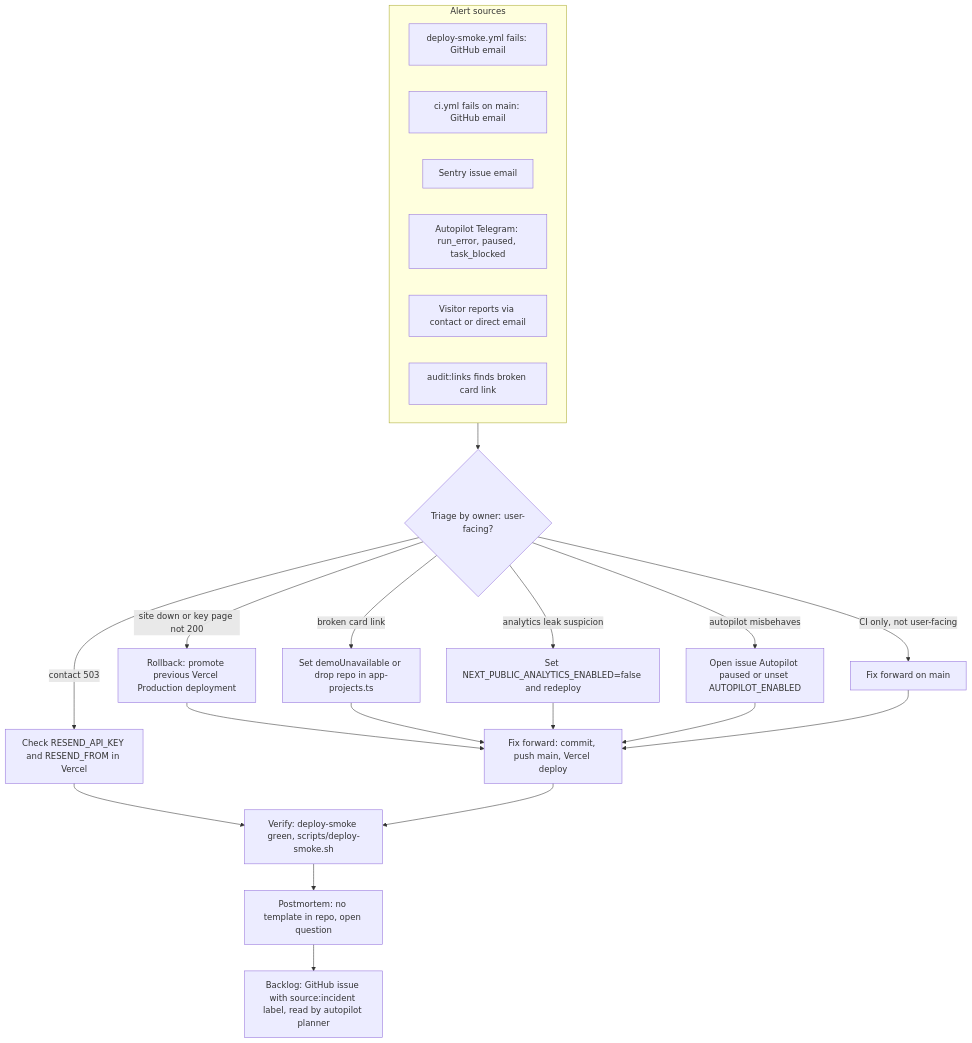
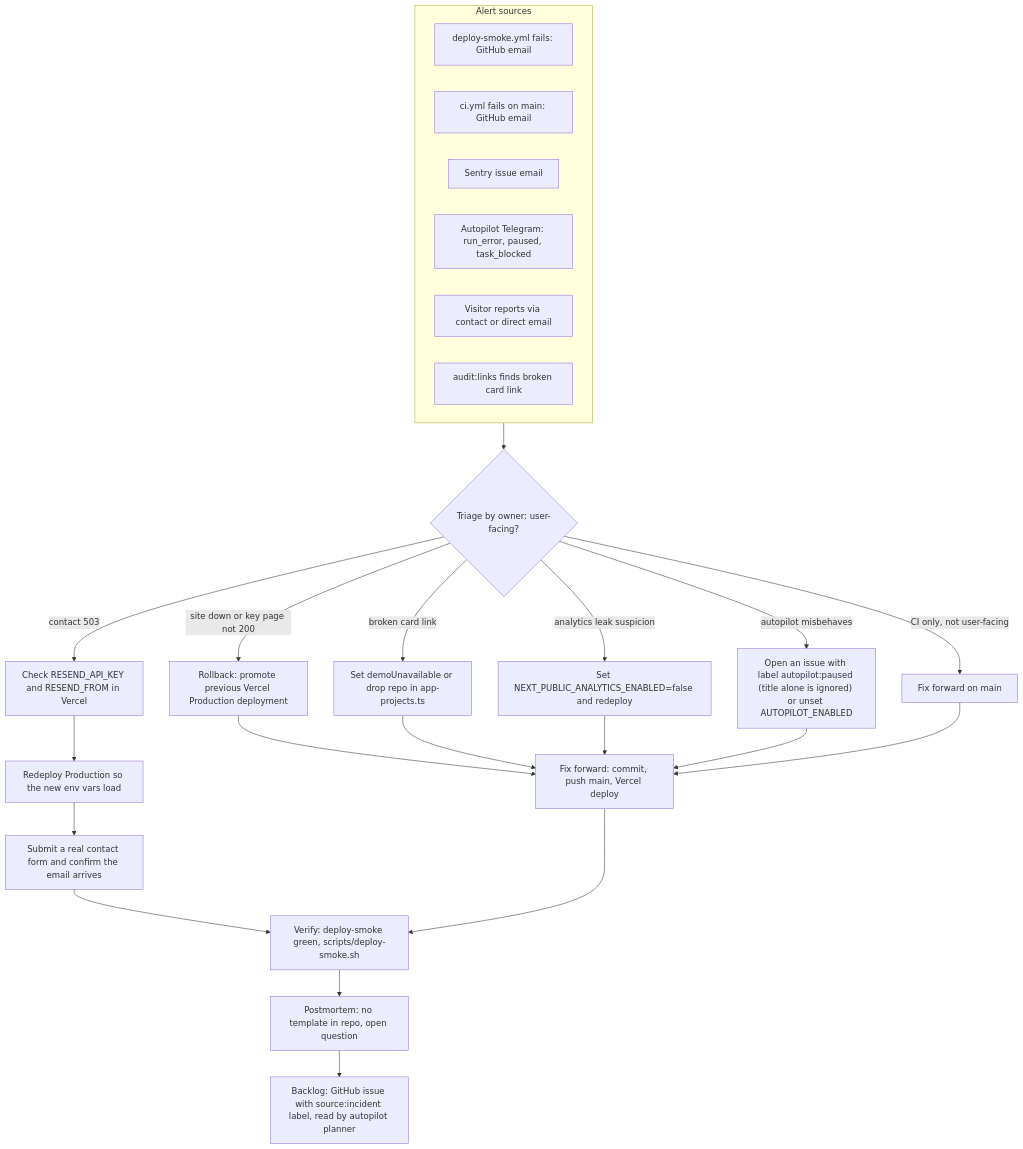
Before and after one commit to bookchaowalit-website/portfolio-site-web: the diagram in docs/diagrams/21-incident-response.md, drawn with Mermaid. The commit also changed other lines of this file, not shown here.

Commit message:
docs: fix autopilot pause label and contact recovery steps
Codex review: paused_issue() filters by the autopilot:paused label, and
env var changes need a redeploy plus a real contact submission because
deploy-smoke.sh only checks GETs.

````diff
--- a/docs/diagrams/21-incident-response.md
+++ b/docs/diagrams/21-incident-response.md
@@ -5,27 +5,29 @@
 ```mermaid
 flowchart TD
   subgraph ALERT["Alert sources"]
     A1["deploy-smoke.yml fails: GitHub email"]
     A2["ci.yml fails on main: GitHub email"]
     A3["Sentry issue email"]
     A4["Autopilot Telegram: run_error, paused, task_blocked"]
     A5["Visitor reports via contact or direct email"]
     A6["audit:links finds broken card link"]
   end
   ALERT --> T{"Triage by owner: user-facing?"}
   T -- "site down or key page not 200" --> R1["Rollback: promote previous Vercel Production deployment"]
   T -- "broken card link" --> R2["Set demoUnavailable or drop repo in app-projects.ts"]
   T -- "contact 503" --> R3["Check RESEND_API_KEY and RESEND_FROM in Vercel"]
   T -- "analytics leak suspicion" --> R4["Set NEXT_PUBLIC_ANALYTICS_ENABLED=false and redeploy"]
-  T -- "autopilot misbehaves" --> R5["Open issue Autopilot paused or unset AUTOPILOT_ENABLED"]
+  T -- "autopilot misbehaves" --> R5["Open an issue with label autopilot:paused (title alone is ignored) or unset AUTOPILOT_ENABLED"]
   T -- "CI only, not user-facing" --> R6["Fix forward on main"]
   R1 --> F["Fix forward: commit, push main, Vercel deploy"]
   R2 --> F
-  R3 --> V
+  R3 --> R3a["Redeploy Production so the new env vars load"]
+  R3a --> R3b["Submit a real contact form and confirm the email arrives"]
+  R3b --> V
   R4 --> F
   R5 --> F
   R6 --> F
   F --> V["Verify: deploy-smoke green, scripts/deploy-smoke.sh"]
   V --> P["Postmortem: no template in repo, open question"]
   P --> B["Backlog: GitHub issue with source:incident label, read by autopilot planner"]
 ```
````
